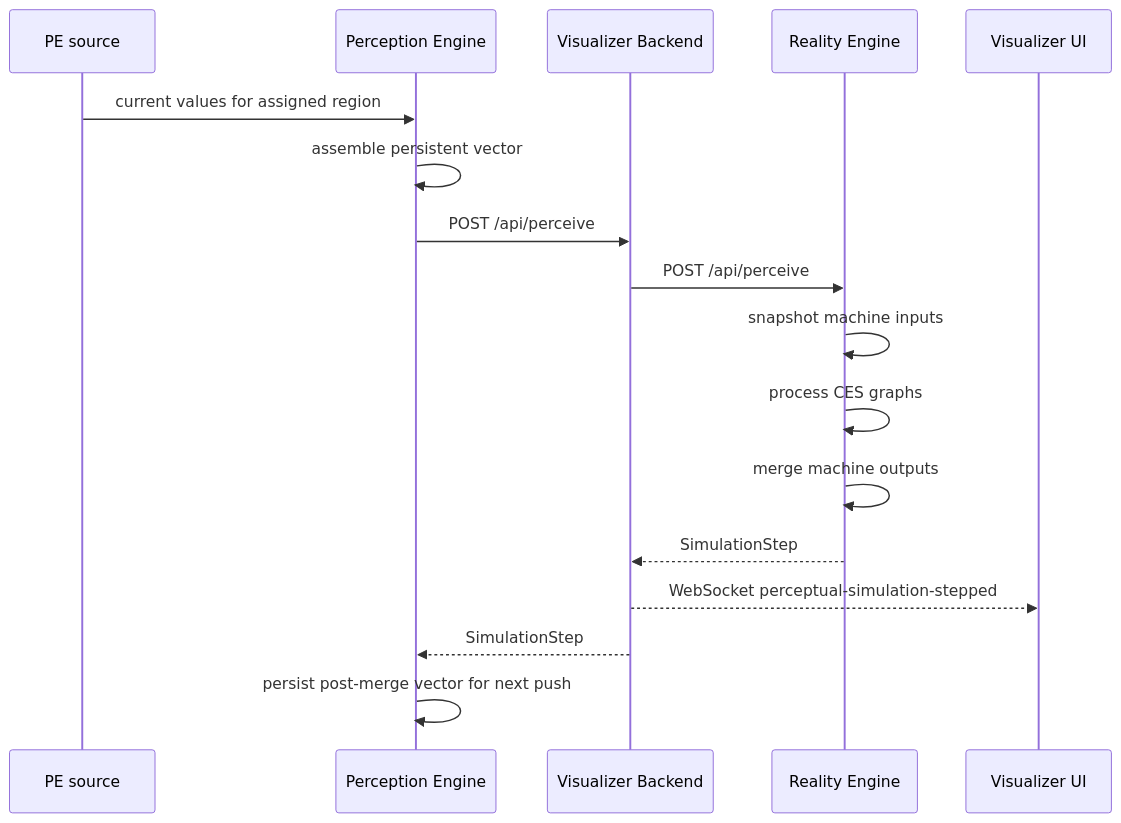
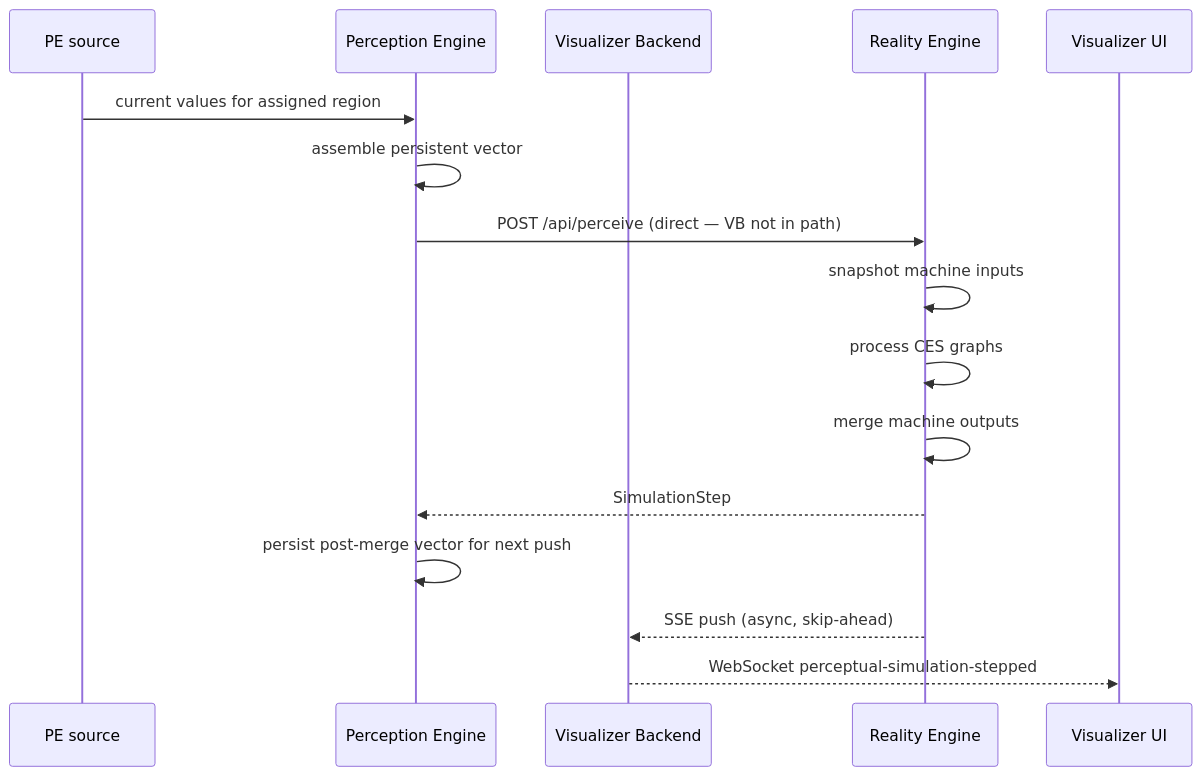
One commit to jateeter/RealityEngine_AI changed the second of 3 diagrams in ARCHITECTURE.md. Above: the diagram before and after it, drawn with Mermaid. The commit also changed other lines of this file and 853 other files, not shown here.

````diff
--- a/ARCHITECTURE.md
+++ b/ARCHITECTURE.md
@@ -57,20 +57,19 @@
 ```mermaid
 sequenceDiagram
   participant Source as PE source
   participant PE as Perception Engine
   participant VB as Visualizer Backend
   participant RE as Reality Engine
   participant UI as Visualizer UI
 
   Source->>PE: current values for assigned region
   PE->>PE: assemble persistent vector
-  PE->>VB: POST /api/perceive
-  VB->>RE: POST /api/perceive
+  PE->>RE: POST /api/perceive (direct — VB not in path)
   RE->>RE: snapshot machine inputs
   RE->>RE: process CES graphs
   RE->>RE: merge machine outputs
-  RE-->>VB: SimulationStep
+  RE-->>PE: SimulationStep
+  PE->>PE: persist post-merge vector for next push
+  RE-->>VB: SSE push (async, skip-ahead)
   VB-->>UI: WebSocket perceptual-simulation-stepped
-  VB-->>PE: SimulationStep
-  PE->>PE: persist post-merge vector for next push
 ```
````
